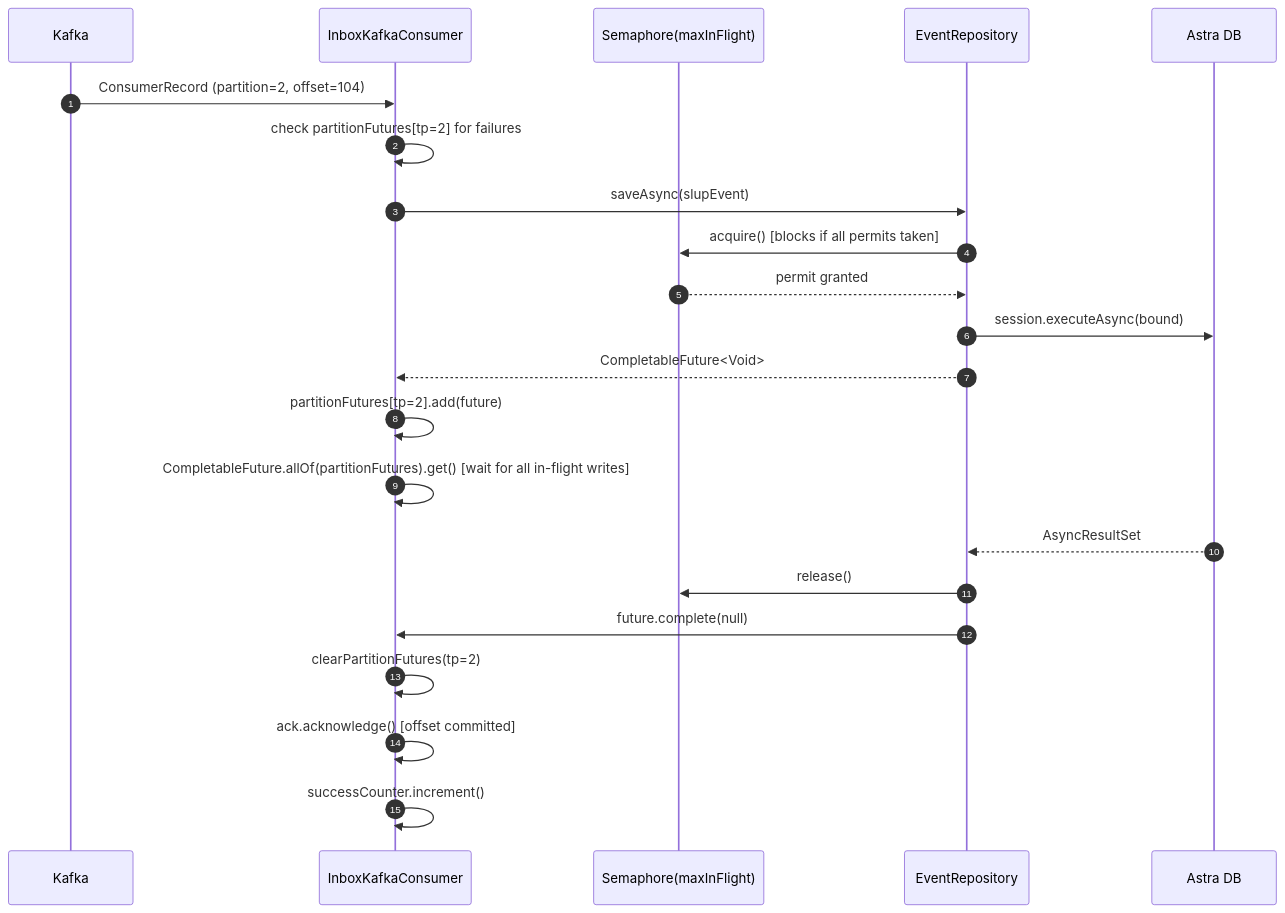
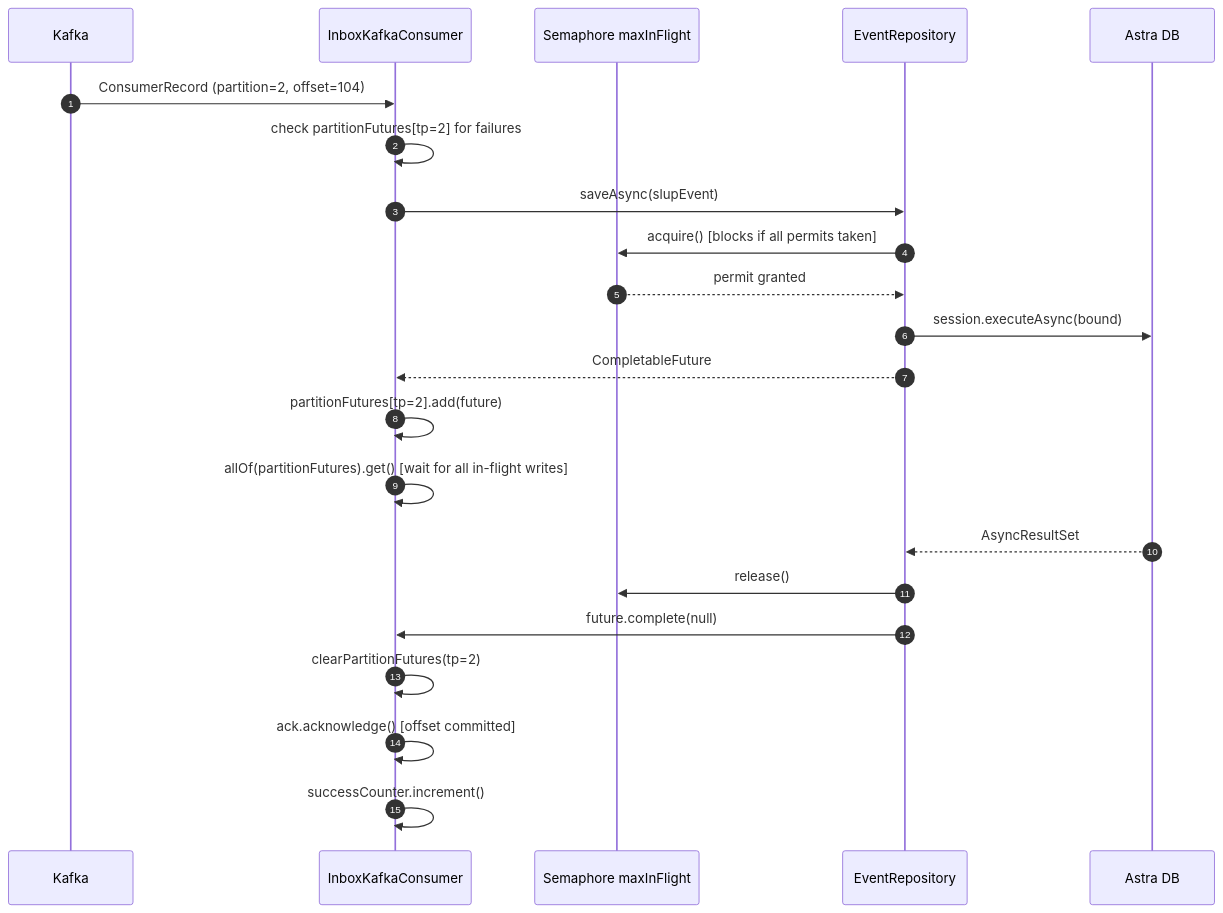
Before and after one commit to difli/astra-event-inbox: diagram 14 of 18 in docs/architecture-engineering.md, drawn with Mermaid. The commit also changed other lines of this file, not shown here.

Commit message:
docs: fix async write path mermaid diagrams for GitHub rendering

````diff
--- a/docs/architecture-engineering.md
+++ b/docs/architecture-engineering.md
@@ -643,25 +643,25 @@
 ```mermaid
 sequenceDiagram
   autonumber
   participant K as Kafka
   participant C as InboxKafkaConsumer
-  participant Sem as Semaphore(maxInFlight)
+  participant Sem as Semaphore maxInFlight
   participant R as EventRepository
   participant A as Astra DB
 
   K->>C: ConsumerRecord (partition=2, offset=104)
   C->>C: check partitionFutures[tp=2] for failures
   C->>R: saveAsync(slupEvent)
-  R->>Sem: acquire()  [blocks if all permits taken]
+  R->>Sem: acquire() [blocks if all permits taken]
   Sem-->>R: permit granted
   R->>A: session.executeAsync(bound)
-  R-->>C: CompletableFuture<Void>
+  R-->>C: CompletableFuture
   C->>C: partitionFutures[tp=2].add(future)
-  C->>C: CompletableFuture.allOf(partitionFutures).get()  [wait for all in-flight writes]
+  C->>C: allOf(partitionFutures).get() [wait for all in-flight writes]
   A-->>R: AsyncResultSet
   R->>Sem: release()
   R->>C: future.complete(null)
   C->>C: clearPartitionFutures(tp=2)
-  C->>C: ack.acknowledge()   [offset committed]
+  C->>C: ack.acknowledge() [offset committed]
   C->>C: successCounter.increment()
 ```
````
